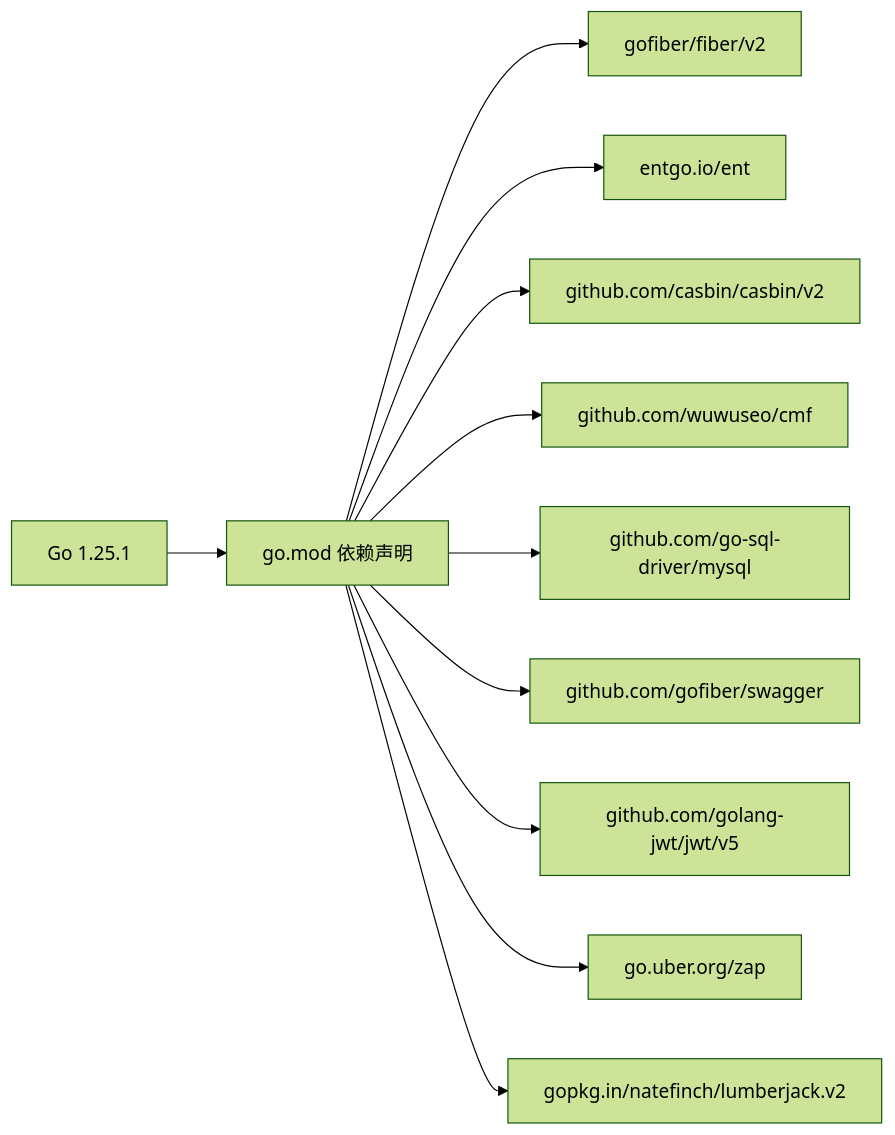
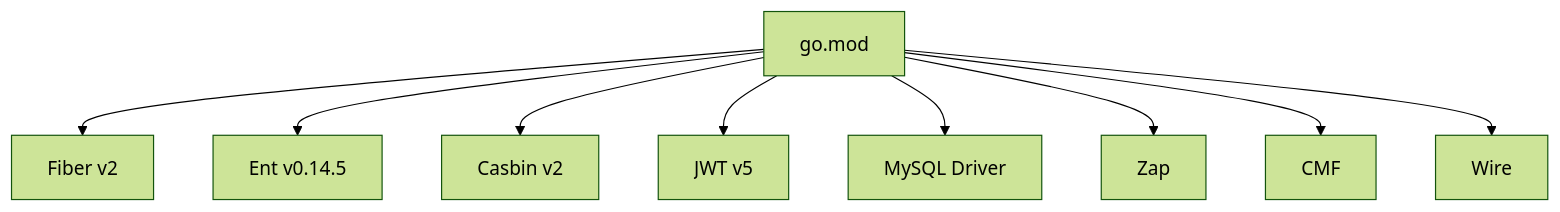
Before and after one commit to wuwuseo/e-sports-go-admin: the fourth of 4 diagrams in .qoder/repowiki/zh/content/快速开始.md, drawn with Mermaid (forest theme). The commit also changed other lines of this file and 115 other files, not shown here.

````diff
--- a/.qoder/repowiki/zh/content/快速开始.md
+++ b/.qoder/repowiki/zh/content/快速开始.md
@@ -226,13 +228,11 @@
 ```mermaid
-graph LR
-Go["Go 1.25.1"] --> Mod["go.mod 依赖声明"]
-Mod --> Fiber["gofiber/fiber/v2"]
-Mod --> Ent["entgo.io/ent"]
-Mod --> Casbin["github.com/casbin/casbin/v2"]
-Mod --> CMF["github.com/wuwuseo/cmf"]
-Mod --> MySQL["github.com/go-sql-driver/mysql"]
-Mod --> Swagger["github.com/gofiber/swagger"]
-Mod --> JWT["github.com/golang-jwt/jwt/v5"]
-Mod --> Zap["go.uber.org/zap"]
-Mod --> Lumberjack["gopkg.in/natefinch/lumberjack.v2"]
+graph TB
+M["go.mod"] --> F["Fiber v2"]
+M --> E["Ent v0.14.5"]
+M --> C["Casbin v2"]
+M --> J["JWT v5"]
+M --> MS["MySQL Driver"]
+M --> Z["Zap"]
+M --> CMF["CMF"]
+M --> W["Wire"]
 ```
````
